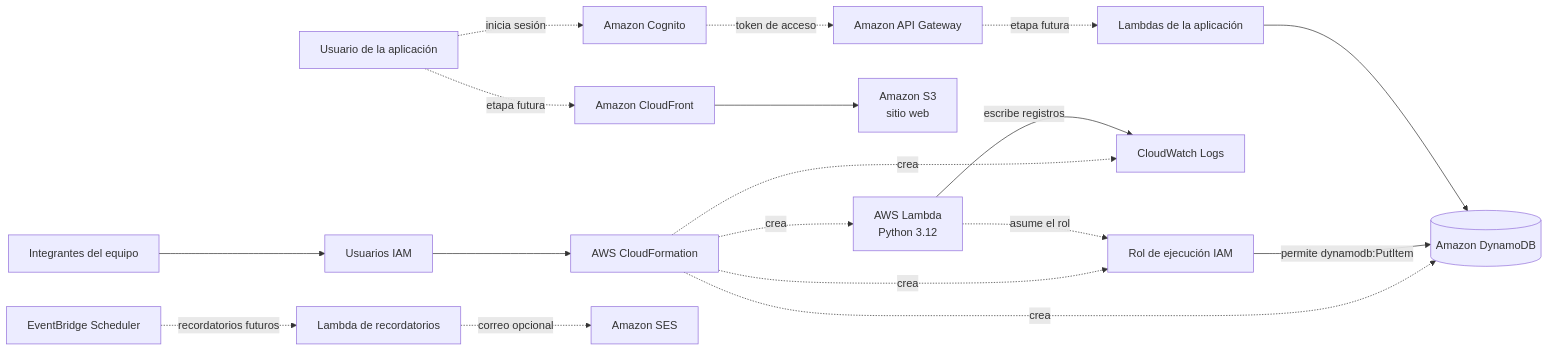
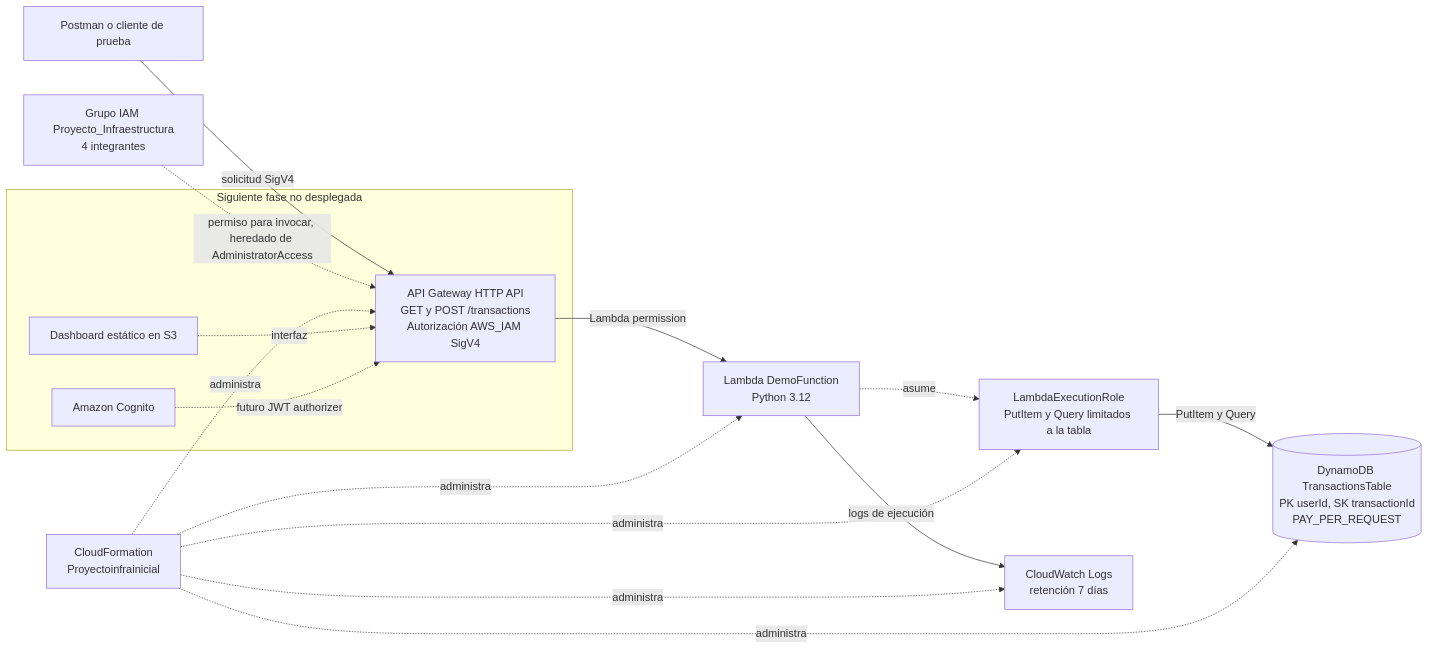
The diagram in Proyecto_Infra/README.md (Diegogamer23/InfreastructuraProyecto), drawn with Mermaid before and after one commit. The commit also changed other lines of this file and 8 other files, not shown here.

````diff
--- a/Proyecto_Infra/README.md
+++ b/Proyecto_Infra/README.md
@@ -32,24 +20,30 @@
-```mermaid
+~~~mermaid
 flowchart LR
-    Equipo[Integrantes del equipo] --> UsuariosIAM[Usuarios IAM]
-    UsuariosIAM --> CFN[AWS CloudFormation]
+    Client[Postman o cliente de prueba]
+    IAM[Grupo IAM Proyecto_Infraestructura<br/>4 integrantes]
+    API[API Gateway HTTP API<br/>GET y POST /transactions<br/>Autorización AWS_IAM SigV4]
+    Lambda[Lambda DemoFunction<br/>Python 3.12]
+    Role[LambdaExecutionRole<br/>PutItem y Query limitados a la tabla]
+    DDB[(DynamoDB TransactionsTable<br/>PK userId, SK transactionId<br/>PAY_PER_REQUEST)]
+    Logs[CloudWatch Logs<br/>retención 7 días]
+    CFN[CloudFormation<br/>Proyectoinfrainicial]
 
-    CFN -. crea .-> Lambda[AWS Lambda<br/>Python 3.12]
-    CFN -. crea .-> Rol[Rol de ejecución IAM]
-    CFN -. crea .-> DDB[(Amazon DynamoDB)]
-    CFN -. crea .-> Logs[CloudWatch Logs]
+    Client -->|solicitud SigV4| API
+    IAM -. permiso para invocar, heredado de AdministratorAccess .-> API
+    API -->|Lambda permission| Lambda
+    Lambda -. asume .-> Role
+    Role -->|PutItem y Query| DDB
+    Lambda -->|logs de ejecución| Logs
+    CFN -. administra .-> API
+    CFN -. administra .-> Lambda
+    CFN -. administra .-> DDB
+    CFN -. administra .-> Role
+    CFN -. administra .-> Logs
 
-    Lambda -. asume el rol .-> Rol
-    Rol -- permite dynamodb:PutItem --> DDB
-    Lambda -- escribe registros --> Logs
-
-    Usuario[Usuario de la aplicación] -. etapa futura .-> CF[Amazon CloudFront]
-    CF --> S3[Amazon S3<br/>sitio web]
-    Usuario -. inicia sesión .-> Cognito[Amazon Cognito]
-    Cognito -. token de acceso .-> API[Amazon API Gateway]
-    API -. etapa futura .-> AppLambda[Lambdas de la aplicación]
-    AppLambda --> DDB
-
-    Scheduler[EventBridge Scheduler] -. recordatorios futuros .-> ReminderLambda[Lambda de recordatorios]
-    ReminderLambda -. correo opcional .-> SES[Amazon SES]
-```
+    subgraph Siguiente fase no desplegada
+      S3[Dashboard estático en S3]
+      Cognito[Amazon Cognito]
+      S3 -. interfaz .-> API
+      Cognito -. futuro JWT authorizer .-> API
+    end
+~~~
````
